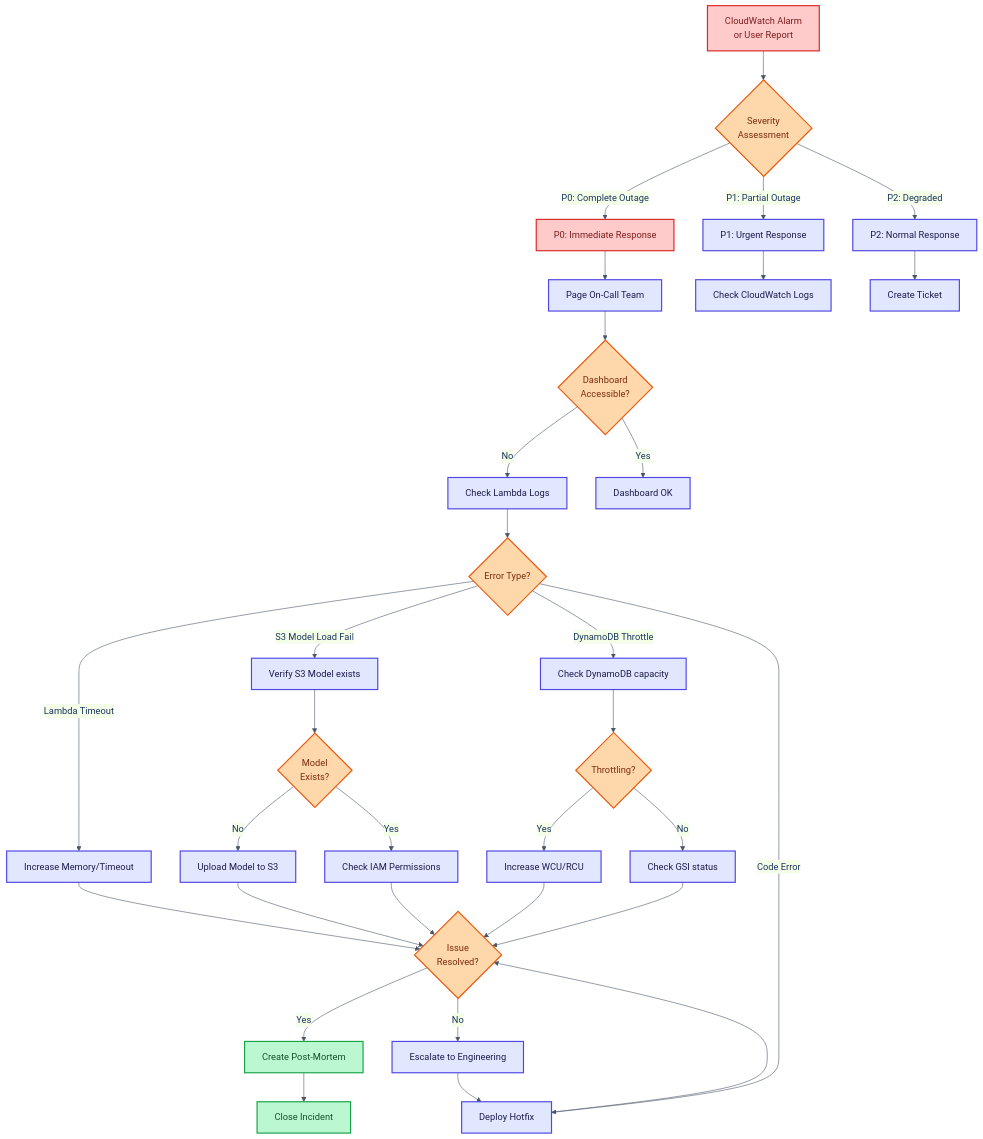
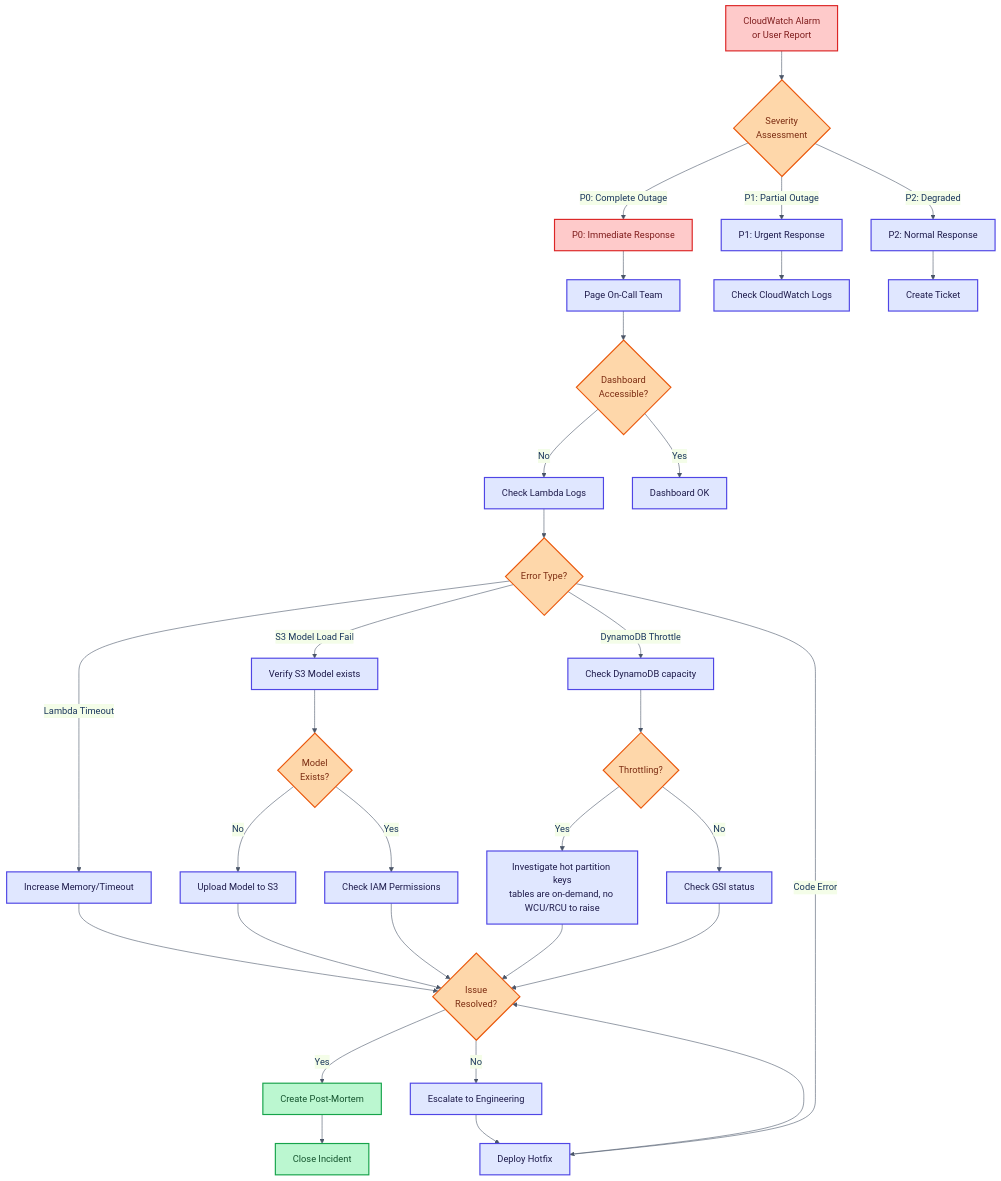
Before and after one commit to traylorre/sentiment-analyzer-gsk: the fourth of 10 diagrams in docs/operations/OPERATIONAL_FLOWS.md, drawn with Mermaid. The commit also changed other lines of this file and 96 other files, not shown here.

````diff
--- a/docs/operations/OPERATIONAL_FLOWS.md
+++ b/docs/operations/OPERATIONAL_FLOWS.md
@@ -197,53 +194,53 @@
 ```mermaid
 %%{init: {'theme': 'base', 'themeVariables': {'primaryColor': '#e8f4fd', 'primaryTextColor': '#1a365d', 'primaryBorderColor': '#3182ce', 'lineColor': '#4a5568'}}}%%
 flowchart TD
     Alert[CloudWatch Alarm<br/>or User Report] --> Assess{Severity<br/>Assessment}
     Assess -->|P0: Complete Outage| P0Response[P0: Immediate Response]
     Assess -->|P1: Partial Outage| P1Response[P1: Urgent Response]
     Assess -->|P2: Degraded| P2Response[P2: Normal Response]
 
     P0Response --> PageTeam[Page On-Call Team]
     PageTeam --> CheckDashboard{Dashboard<br/>Accessible?}
     CheckDashboard -->|No| CheckLambda[Check Lambda Logs]
     CheckDashboard -->|Yes| DashboardOK[Dashboard OK]
 
     P1Response --> CheckLogs[Check CloudWatch Logs]
     P2Response --> CreateTicket[Create Ticket]
 
     CheckLambda --> IdentifyError{Error Type?}
     IdentifyError -->|Lambda Timeout| IncreaseMem[Increase Memory/Timeout]
     IdentifyError -->|S3 Model Load Fail| CheckS3[Verify S3 Model exists]
     IdentifyError -->|DynamoDB Throttle| CheckDDB[Check DynamoDB capacity]
     IdentifyError -->|Code Error| CodeFix[Deploy Hotfix]
 
     CheckS3 --> S3Exists{Model<br/>Exists?}
     S3Exists -->|No| UploadModel[Upload Model to S3]
     S3Exists -->|Yes| CheckPerms[Check IAM Permissions]
 
     CheckDDB --> Throttled{Throttling?}
-    Throttled -->|Yes| IncreaseCapacity[Increase WCU/RCU]
+    Throttled -->|Yes| IncreaseCapacity[Investigate hot partition keys<br/>tables are on-demand, no WCU/RCU to raise]
     Throttled -->|No| CheckIndex[Check GSI status]
 
     IncreaseMem --> TestFix{Issue<br/>Resolved?}
     CheckPerms --> TestFix
     IncreaseCapacity --> TestFix
     CodeFix --> TestFix
     UploadModel --> TestFix
     CheckIndex --> TestFix
 
     TestFix -->|Yes| PostMortem[Create Post-Mortem]
     TestFix -->|No| Escalate[Escalate to Engineering]
 
     PostMortem --> CloseIncident[Close Incident]
     Escalate --> CodeFix
 
     classDef alertNode fill:#fecaca,stroke:#dc2626,stroke-width:2px,color:#7f1d1d
     classDef decisionNode fill:#fed7aa,stroke:#ea580c,stroke-width:2px,color:#7c2d12
     classDef actionNode fill:#e0e7ff,stroke:#4f46e5,stroke-width:2px,color:#1e1b4b
     classDef successNode fill:#bbf7d0,stroke:#16a34a,stroke-width:2px,color:#14532d
 
     class Alert,P0Response alertNode
     class Assess,CheckDashboard,IdentifyError,S3Exists,Throttled,TestFix decisionNode
     class PageTeam,CheckLambda,CheckLogs,CheckS3,CheckDDB,IncreaseMem,CodeFix,CheckPerms,P1Response,P2Response,DashboardOK,CreateTicket,UploadModel,IncreaseCapacity,CheckIndex,Escalate actionNode
     class PostMortem,CloseIncident successNode
 ```
````
